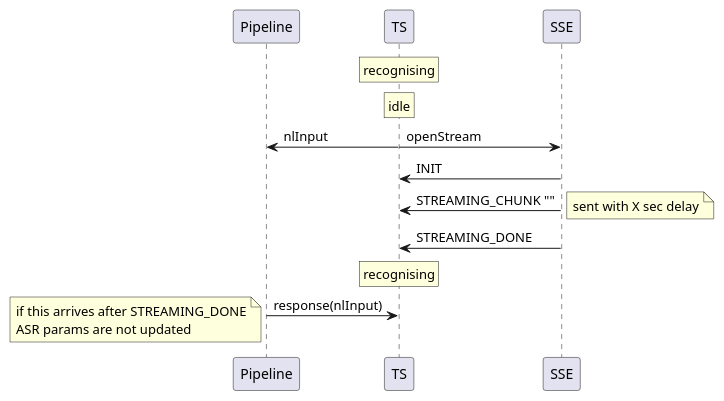
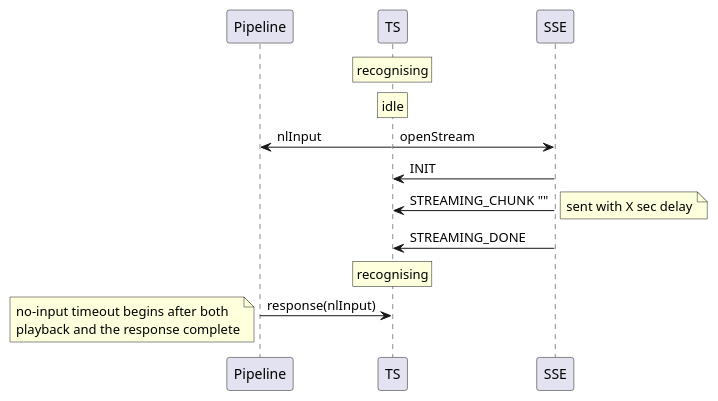
Before and after one commit to Talkamatic/tala-speech: the third of 3 diagrams in README.org, drawn with PlantUML. The commit also changed other lines of this file and 4 other files, not shown here.

Commit message:
fix: defer passivity timeout until turn response

```diff
--- a/README.org
+++ b/README.org
@@ -116,24 +122,24 @@
 #+begin_src plantuml :results output replace :file docs/diagrams/stream-and-tdm.svg :exports results
   skinparam defaultFontName Helvetica
   !pragma teoz true
   participant Pipeline
   participant TS
   participant SSE
   rnote over TS: recognising
   rnote over TS: idle
   TS -> Pipeline: nlInput
   &  TS -> SSE: openStream
   SSE -> TS: INIT
   SSE -> TS: STREAMING_CHUNK ""
   note right
     sent with X sec delay
   end note
   SSE -> TS: STREAMING_DONE
   rnote over TS: recognising
   Pipeline -> TS: response(nlInput)
   note left
-    if this arrives after STREAMING_DONE
-    ASR params are not updated
+    no-input timeout begins after both
+    playback and the response complete
   end note
 
 #+end_src
```
